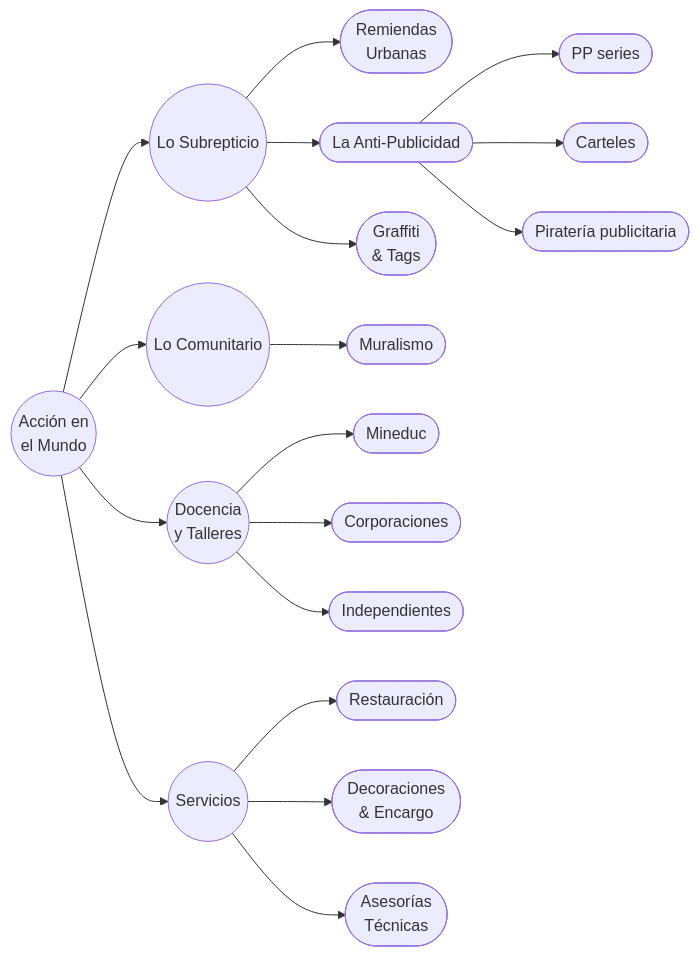
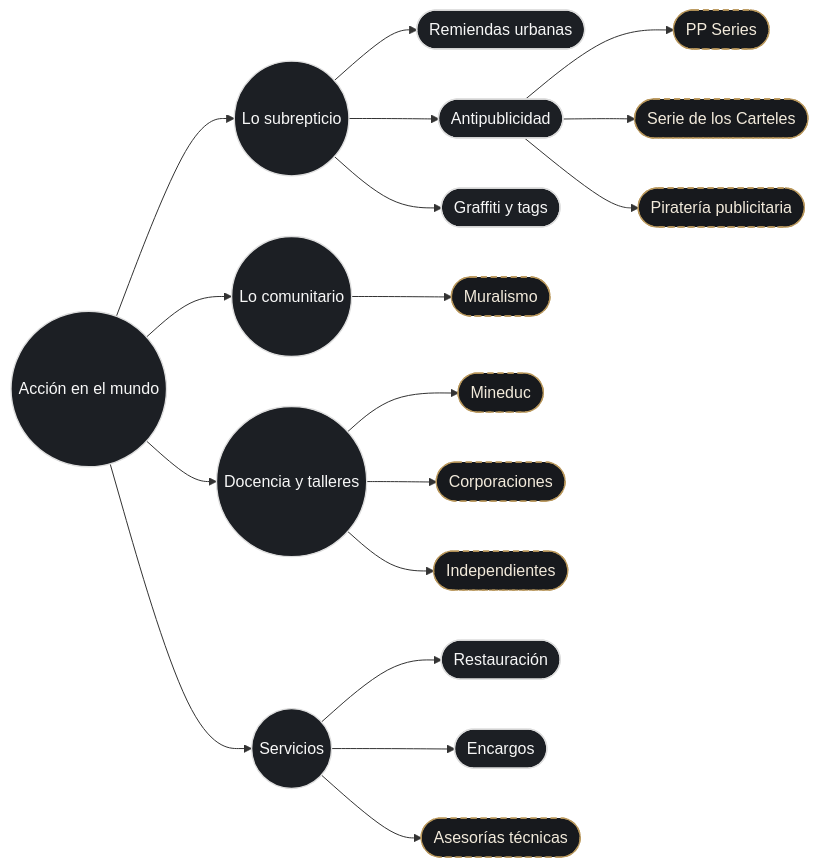
One commit to EGGS-Artesvisuales/EGGS-Artesvisuales.github.io changed the second of 3 diagrams in ES/diagrama.md. Above: the diagram before and after it, drawn with Mermaid. The commit also changed other lines of this file, not shown here.

```diff
--- a/ES/diagrama.md
+++ b/ES/diagrama.md
@@ -139,49 +149,41 @@
 <div class="mermaid">
 graph LR
-  B((Acción en\nel Mundo)) --> B1((Lo Subrepticio))
-  B1 --> B1a([Remiendas\nUrbanas])
-  B1 --> B1b([La Anti-Publicidad])
-  B1 --> B1c([Graffiti\n& Tags])
+  B((Acción en el mundo)) --> B1((Lo subrepticio))
+  B1 --> B1a([Remiendas urbanas])
+  B1 --> B1b([Antipublicidad])
+  B1 --> B1c([Graffiti y tags])
 
-  %% HIJOS: La Anti-Publicidad (nuevos)
-  B1b --> B1b1([PP series])
-  B1b --> B1b2([Carteles])
+  B1b --> B1b1([PP Series])
+  B1b --> B1b2([Serie de los Carteles])
   B1b --> B1b3([Piratería publicitaria])
 
-  B --> B2((Lo Comunitario))
+  B --> B2((Lo comunitario))
   B2 --> B2a([Muralismo])
 
-  B --> B3((Docencia\ny Talleres))
+  B --> B3((Docencia y talleres))
   B3 --> B3a([Mineduc])
   B3 --> B3b([Corporaciones])
   B3 --> B3c([Independientes])
 
   B --> B4((Servicios))
   B4 --> B4a([Restauración])
-  B4 --> B4b([Decoraciones\n& Encargo])
-  B4 --> B4c([Asesorías\nTécnicas])
+  B4 --> B4b([Encargos])
+  B4 --> B4c([Asesorías técnicas])
 
-  %% Enlaces (existentes)
-  click B "accion.html" "Ir a Acción en el Mundo"
-  click B1 "subrepticio.html" "Ir a Lo Subrepticio"
-  click B1a "subrep-remiendas-urbanas.html" "Ir a Remiendas Urbanas"
-  click B1b "subrep-antipublicidad.html" "Ir a La Anti-Publicidad"
-  click B2 "comunitario.html" "Ir a Lo Comunitario"
-  click B3 "docencia.html" "Ir a Docencia y Talleres"
-  click B4 "servicios.html" "Ir a Servicios"
+  classDef published fill:#1c1f24,stroke:#dedede,color:#f7f7f7,stroke-width:1.35px;
+  classDef developing fill:#17191d,stroke:#b9975b,color:#f2eadb,stroke-width:1.35px,stroke-dasharray:6 4;
 
-  %% Enlaces (no existentes aún -> en construcción)
-  click B1c "subrep-graffiti.html" "Ir a Graffiti y Tags"
-  click B2a "en-construccion.html" "En construcción"
-  click B3a "en-construccion.html" "En construcción"
-  click B3b "en-construccion.html" "En construcción"
-  click B3c "en-construccion.html" "En construcción"
-  click B4a "en-construccion.html" "En construcción"
-  click B4b "en-construccion.html" "En construcción"
-  click B4c "en-construccion.html" "En construcción"
+  class B,B1,B1a,B1b,B1c,B2,B3,B4,B4a,B4b published;
+  class B1b1,B1b2,B1b3,B2a,B3a,B3b,B3c,B4c developing;
 
-  %% Enlaces (nuevos hijos -> en construcción)
-  click B1b1 "en-construccion.html" "En construcción"
-  click B1b2 "en-construccion.html" "En construcción"
-  click B1b3 "en-construccion.html" "En construcción"
+  click B "/ES/accion.html" "Ir a Acción en el mundo"
+  click B1 "/ES/subrepticio.html" "Ir a Lo subrepticio"
+  click B1a "/ES/subrep-remiendas-urbanas.html" "Ir a Remiendas urbanas"
+  click B1b "/ES/serie-antipublicidad.html" "Ir a Antipublicidad"
+  click B1c "/ES/subrep-graffiti.html" "Ir a Graffiti y tags"
+  click B2 "/ES/comunitario.html" "Ir a Lo comunitario"
+  click B3 "/ES/docencia.html" "Ir a Docencia y talleres"
+  click B4 "/ES/servicios.html" "Ir a Servicios"
+  click B4a "/ES/servicios.html#restauracion" "Ir a Restauración"
+  click B4b "/ES/servicios.html#encargos" "Ir a Encargos"
 </div>
```
